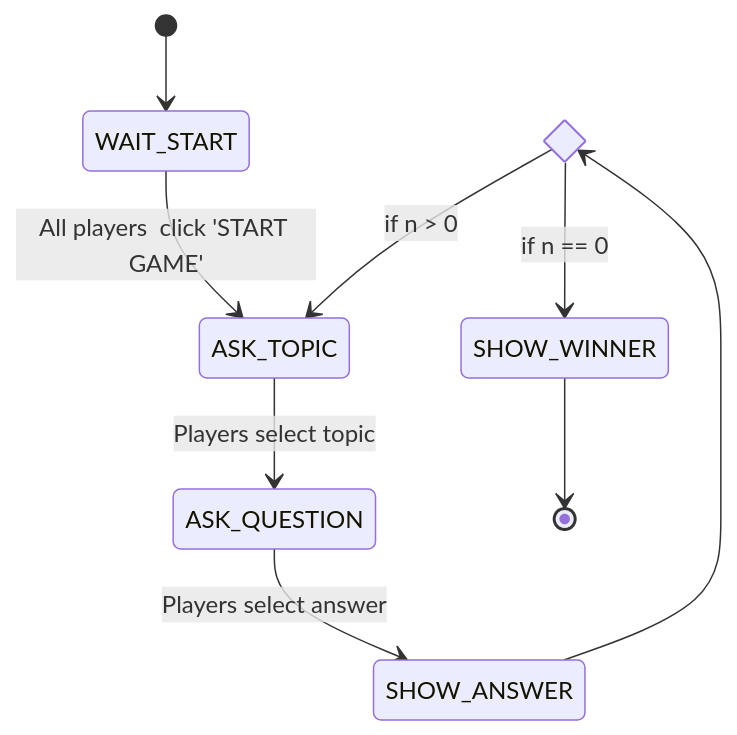
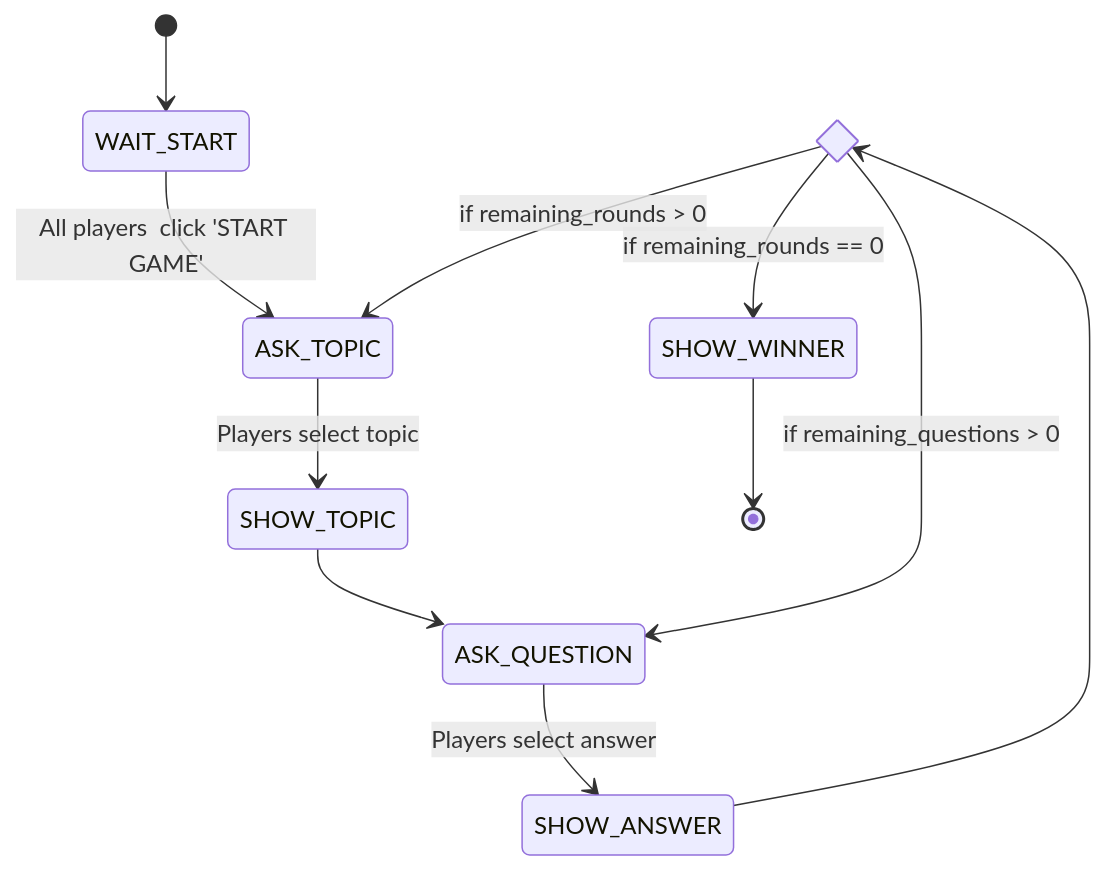
Before and after one commit to edermengi/vikto: the first of 3 diagrams in readme.md, drawn with Mermaid. The commit also changed 10 other files, not shown here.

````diff
--- a/readme.md
+++ b/readme.md
@@ -3,13 +3,15 @@
 ```mermaid
 stateDiagram-v2
-    state if_state <<choice>>
+    state stop_game_choice_state <<choice>>
     [*] --> WAIT_START
     WAIT_START --> ASK_TOPIC: All players  click 'START GAME'
-    ASK_TOPIC --> ASK_QUESTION: Players select topic
+    ASK_TOPIC --> SHOW_TOPIC: Players select topic
+    SHOW_TOPIC --> ASK_QUESTION: 
     ASK_QUESTION --> SHOW_ANSWER: Players select answer
-    SHOW_ANSWER --> if_state
-    if_state --> SHOW_WINNER: if n == 0
-    if_state --> ASK_TOPIC : if n > 0
+    SHOW_ANSWER --> stop_game_choice_state
+    stop_game_choice_state --> SHOW_WINNER: if remaining_rounds == 0
+    stop_game_choice_state --> ASK_TOPIC : if remaining_rounds > 0
+    stop_game_choice_state --> ASK_QUESTION : if remaining_questions > 0
     SHOW_WINNER --> [*]
     
 ```
````
